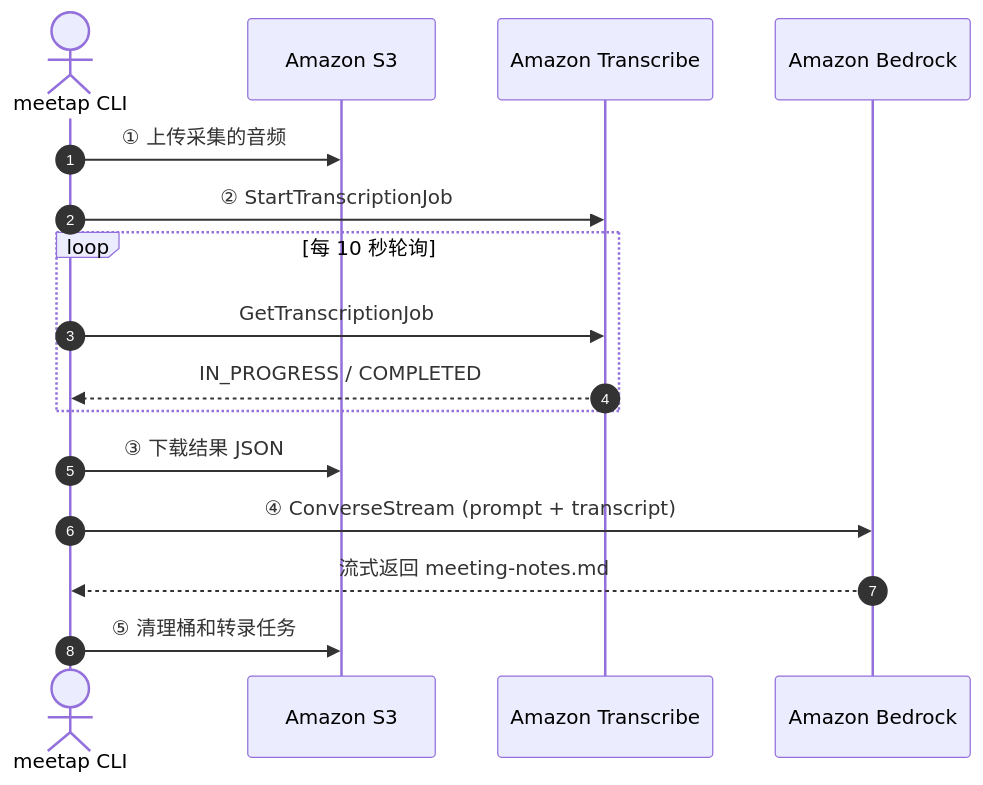
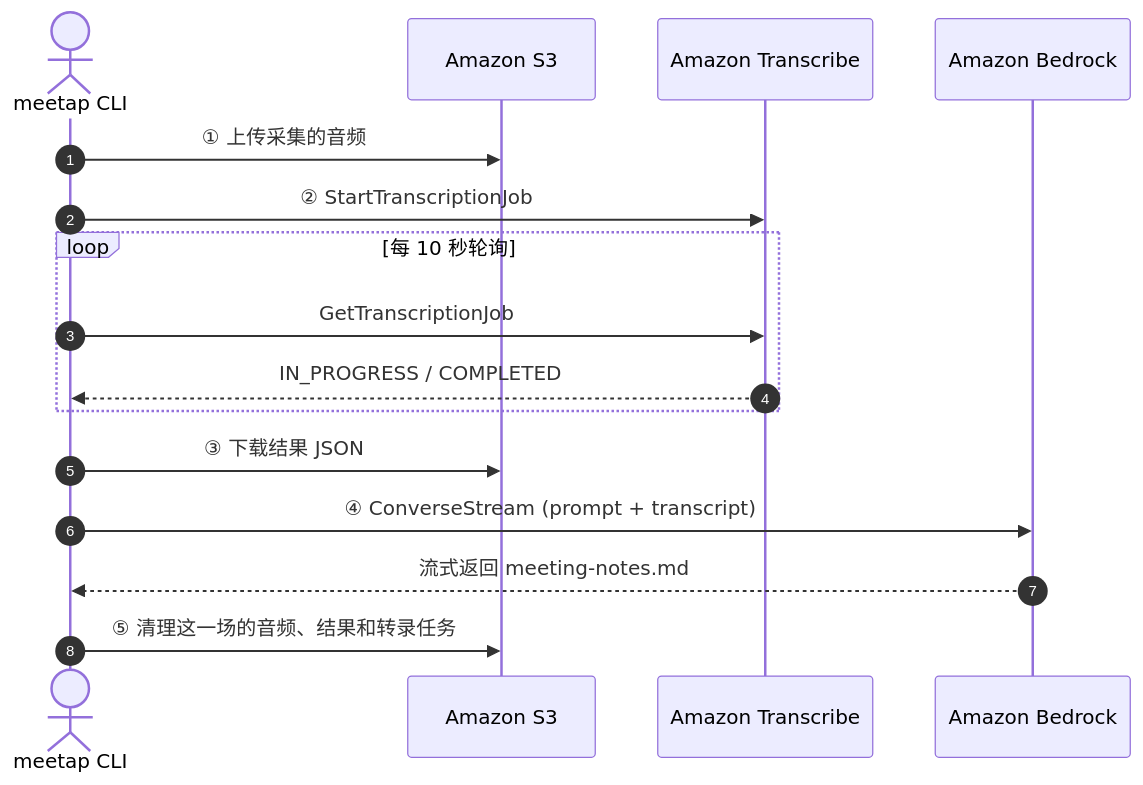
The second of 2 diagrams in README.md (henceman777/meetap), drawn with Mermaid before and after one commit. The commit also changed other lines of this file and 5 other files, not shown here.

````diff
--- a/README.md
+++ b/README.md
@@ -438,19 +441,19 @@
 ```mermaid
 sequenceDiagram
     autonumber
     actor U as meetap CLI
     participant S3 as Amazon S3
     participant TX as Amazon Transcribe
     participant BR as Amazon Bedrock
 
     U->>S3: ① 上传采集的音频
     U->>TX: ② StartTranscriptionJob
     loop 每 10 秒轮询
         U->>TX: GetTranscriptionJob
         TX-->>U: IN_PROGRESS / COMPLETED
     end
     U->>S3: ③ 下载结果 JSON
     U->>BR: ④ ConverseStream (prompt + transcript)
     BR-->>U: 流式返回 meeting-notes.md
-    U->>S3: ⑤ 清理桶和转录任务
+    U->>S3: ⑤ 清理这一场的音频、结果和转录任务
 ```
````
